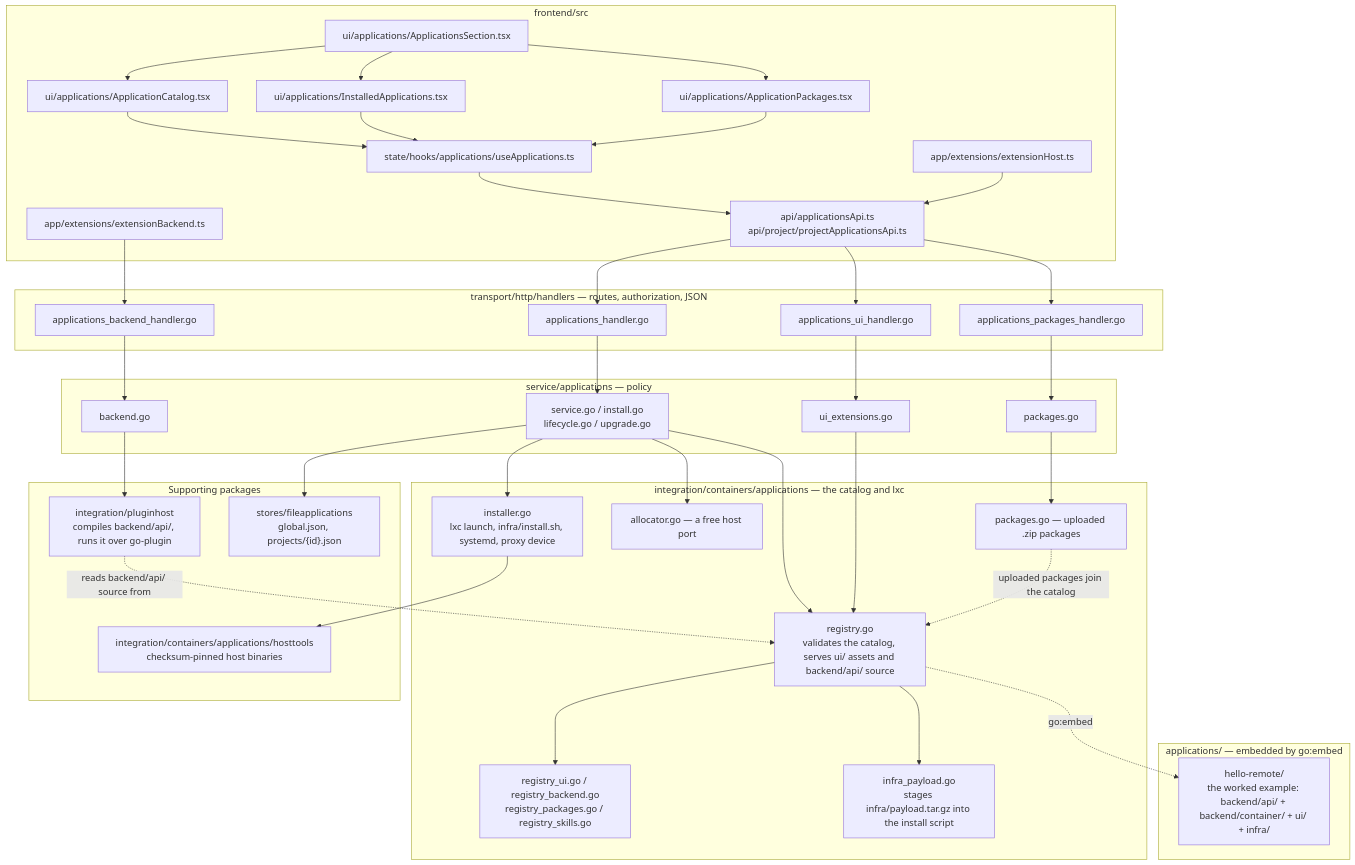
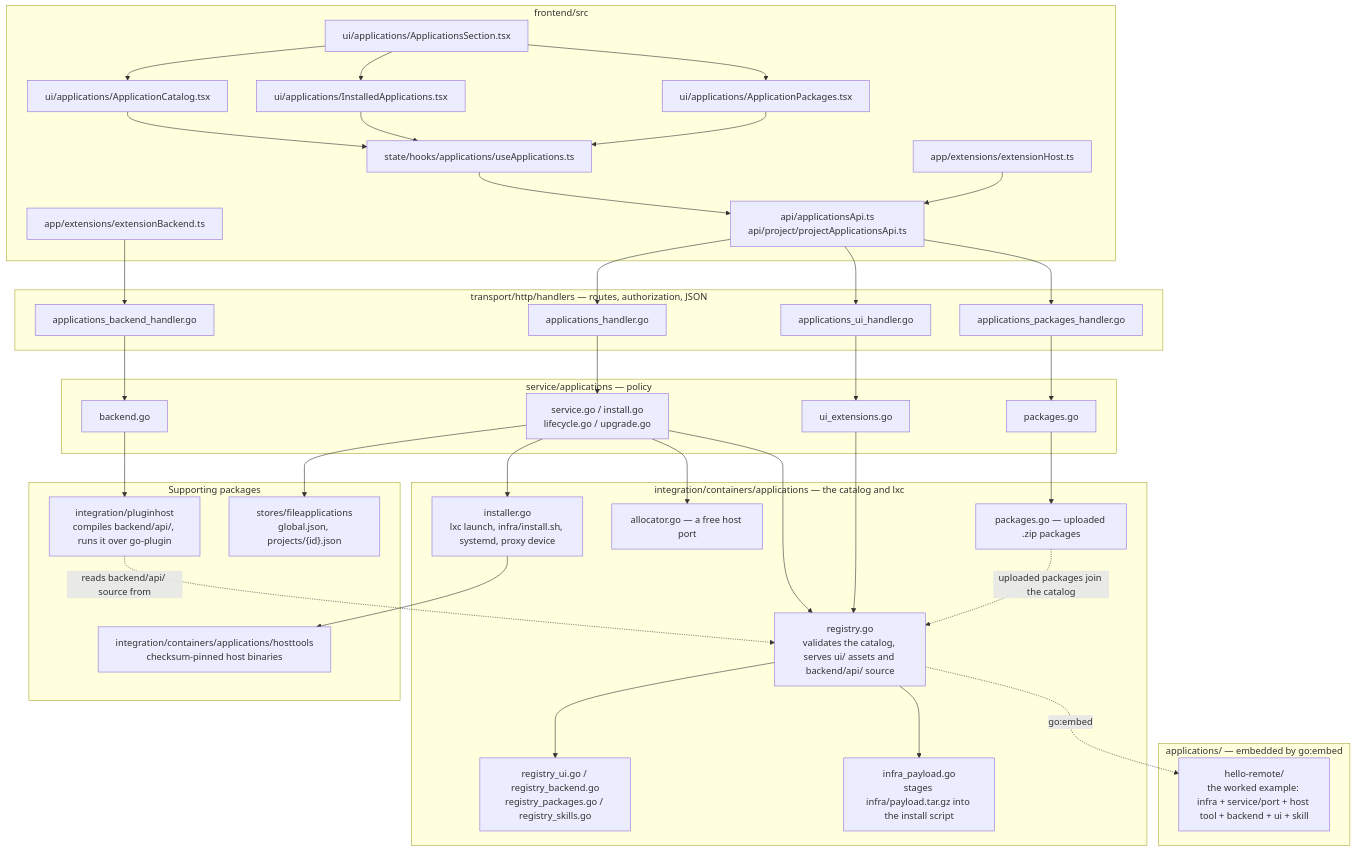
Before and after one commit to Ahmedwaleed22/remote.futrx: the first of 2 diagrams in docs/dev/installable-applications/01-overview.md, drawn with Mermaid. The commit also changed 29 other files, not shown here.

Commit message:
feat(applications): complete Hello Remote showcase

````diff
--- a/docs/dev/installable-applications/01-overview.md
+++ b/docs/dev/installable-applications/01-overview.md
@@ -97,79 +97,79 @@
 ```mermaid
 flowchart TB
     subgraph Frontend["frontend/src"]
         FE_Section["ui/applications/ApplicationsSection.tsx"]
         FE_Catalog["ui/applications/ApplicationCatalog.tsx"]
         FE_Installed["ui/applications/InstalledApplications.tsx"]
         FE_Packages["ui/applications/ApplicationPackages.tsx"]
         FE_Hook["state/hooks/applications/useApplications.ts"]
         FE_Api["api/applicationsApi.ts<br/>api/project/projectApplicationsApi.ts"]
         FE_ExtHost["app/extensions/extensionHost.ts"]
         FE_ExtBackend["app/extensions/extensionBackend.ts"]
     end
 
     subgraph HTTP["transport/http/handlers — routes, authorization, JSON"]
         H_Main["applications_handler.go"]
         H_UI["applications_ui_handler.go"]
         H_Backend["applications_backend_handler.go"]
         H_Packages["applications_packages_handler.go"]
     end
 
     subgraph Service["service/applications — policy"]
         S_Service["service.go / install.go<br/>lifecycle.go / upgrade.go"]
         S_UIExt["ui_extensions.go"]
         S_Backend["backend.go"]
         S_Packages["packages.go"]
     end
 
     subgraph Integration["integration/containers/applications — the catalog and lxc"]
         I_Registry["registry.go<br/>validates the catalog, serves ui/ assets and backend/api/ source"]
         I_RegParts["registry_ui.go / registry_backend.go<br/>registry_packages.go / registry_skills.go"]
         I_Payload["infra_payload.go<br/>stages infra/payload.tar.gz into the install script"]
         I_Installer["installer.go<br/>lxc launch, infra/install.sh, systemd, proxy device"]
         I_Allocator["allocator.go — a free host port"]
         I_Packages["packages.go — uploaded .zip packages"]
     end
 
     subgraph Support["Supporting packages"]
         P_PluginHost["integration/pluginhost<br/>compiles backend/api/, runs it over go-plugin"]
         P_FileApps["stores/fileapplications<br/>global.json, projects/{id}.json"]
         P_HostTools["integration/containers/applications/hosttools<br/>checksum-pinned host binaries"]
     end
 
     subgraph Catalog["applications/ — embedded by go:embed"]
-        C_Hello["hello-remote/<br/>the worked example: backend/api/ + backend/container/ + ui/ + infra/"]
+        C_Hello["hello-remote/<br/>the worked example: infra + service/port + host tool + backend + ui + skill"]
     end
 
     FE_Section --> FE_Catalog
     FE_Section --> FE_Installed
     FE_Section --> FE_Packages
     FE_Catalog --> FE_Hook
     FE_Installed --> FE_Hook
     FE_Packages --> FE_Hook
     FE_Hook --> FE_Api
     FE_ExtHost --> FE_Api
     FE_Api --> H_Main
     FE_Api --> H_UI
     FE_Api --> H_Packages
     FE_ExtBackend --> H_Backend
 
     H_Main --> S_Service
     H_UI --> S_UIExt
     H_Backend --> S_Backend
     H_Packages --> S_Packages
 
     S_Service --> I_Registry
     S_Service --> I_Installer
     S_Service --> I_Allocator
     S_Service --> P_FileApps
     S_UIExt --> I_Registry
     S_Backend --> P_PluginHost
     S_Packages --> I_Packages
 
     I_Registry --> I_RegParts
     I_Registry --> I_Payload
     I_Registry -. go:embed .-> C_Hello
     I_Installer --> P_HostTools
     I_Packages -. uploaded packages join the catalog .-> I_Registry
     P_PluginHost -. reads backend/api/ source from .-> I_Registry
 ```
````
